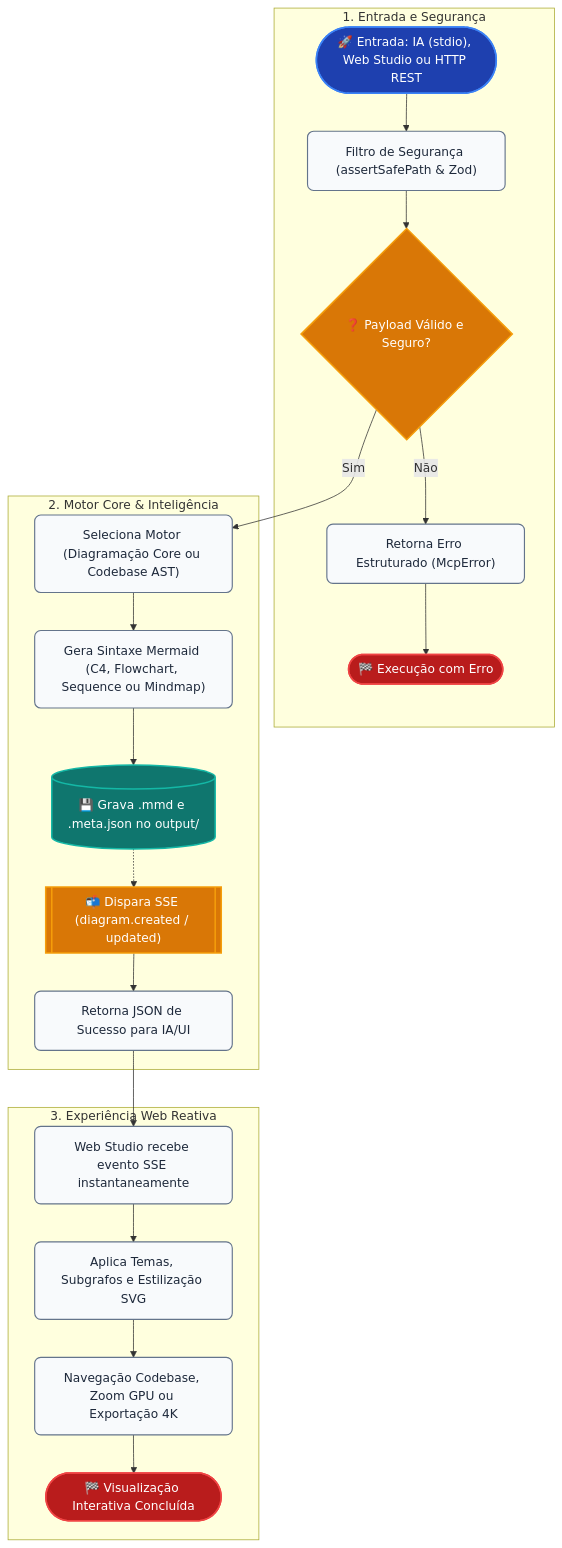
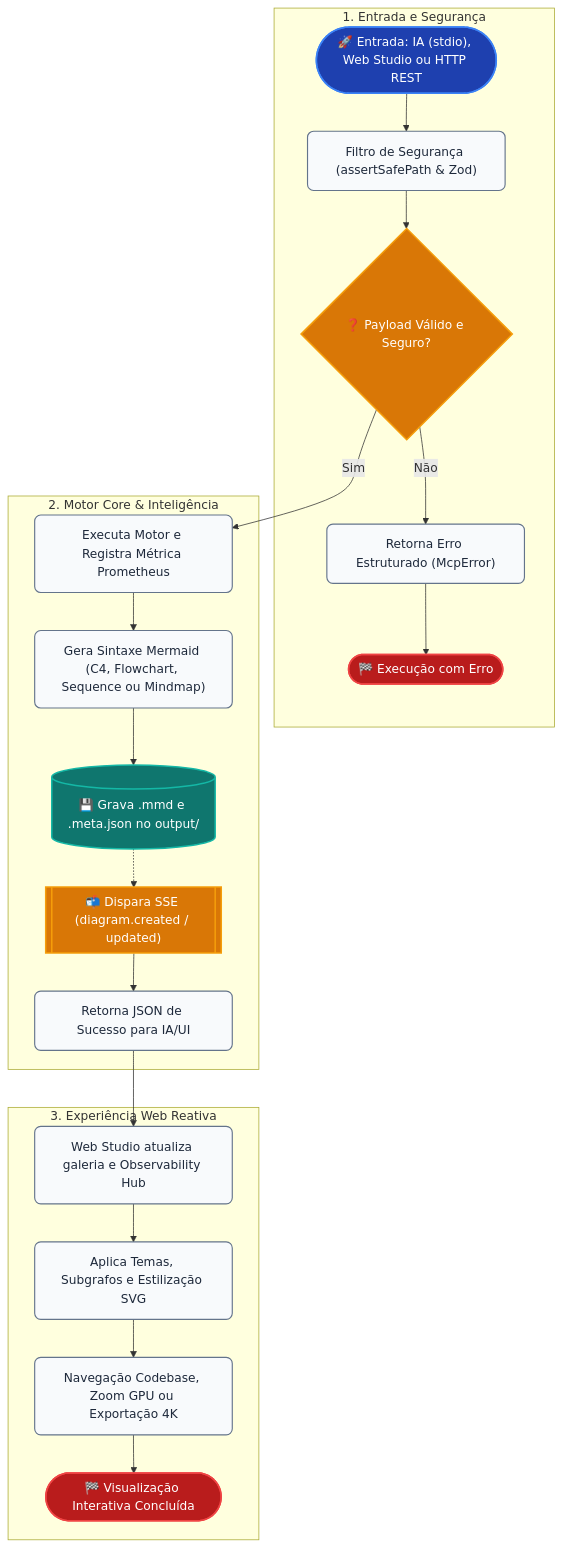
Before and after one commit to 70gurupia/archview: the diagram in output/self-doc-flowchart.mmd, drawn with Mermaid. The commit also changed 30 other files, not shown here.

Commit message:
feat(v4.0): implement Prometheus metrics, OpenTelemetry tracing, and Observability Hub

```diff
--- a/output/self-doc-flowchart.mmd
+++ b/output/self-doc-flowchart.mmd
@@ -1,50 +1,50 @@
 flowchart TB
   subgraph sg_1[" 1. Entrada e Segurança "]
     input_source(["🚀 Entrada: IA (stdio), Web Studio ou HTTP REST"])
     sec_filter["Filtro de Segurança (assertSafePath & Zod)"]
     valid_gate{"❓ Payload Válido e Seguro?"}
     error_block["Retorna Erro Estruturado (McpError)"]
     end_error(["🏁 Execução com Erro"])
   end
 
   subgraph sg_2[" 2. Motor Core & Inteligência "]
-    select_engine["Seleciona Motor (Diagramação Core ou Codebase AST)"]
+    select_engine["Executa Motor e Registra Métrica Prometheus"]
     build_mermaid["Gera Sintaxe Mermaid (C4, Flowchart, Sequence ou Mindmap)"]
     write_meta[("💾 Grava .mmd e .meta.json no output/")]
     sse_emit[["📬 Dispara SSE (diagram.created / updated)"]]
     resp_client["Retorna JSON de Sucesso para IA/UI"]
   end
 
   subgraph sg_3[" 3. Experiência Web Reativa "]
-    fe_catch["Web Studio recebe evento SSE instantaneamente"]
+    fe_catch["Web Studio atualiza galeria e Observability Hub"]
     apply_themes["Aplica Temas, Subgrafos e Estilização SVG"]
     user_actions["Navegação Codebase, Zoom GPU ou Exportação 4K"]
     end_done(["🏁 Visualização Interativa Concluída"])
   end
 
   input_source --> sec_filter
   sec_filter --> valid_gate
   valid_gate -- "Sim" --> select_engine
   valid_gate -- "Não" --> error_block
   error_block --> end_error
   select_engine --> build_mermaid
   build_mermaid --> write_meta
   write_meta -.-> sse_emit
   sse_emit --> resp_client
   resp_client --> fe_catch
   fe_catch --> apply_themes
   apply_themes --> user_actions
   user_actions --> end_done
 
   classDef default fill:#F8FAFC,stroke:#64748B,stroke-width:1.5px,color:#1E293B,rx:8px,ry:8px;
   classDef primary fill:#1E40AF,stroke:#3B82F6,stroke-width:2px,color:#FFFFFF,rx:8px,ry:8px;
   classDef success fill:#0F766E,stroke:#14B8A6,stroke-width:2px,color:#FFFFFF,rx:8px,ry:8px;
   classDef accent fill:#3730A3,stroke:#818CF8,stroke-width:2px,color:#FFFFFF,rx:8px,ry:8px;
   classDef warning fill:#D97706,stroke:#F59E0B,stroke-width:2px,color:#FFFFFF,rx:8px,ry:8px;
   classDef danger fill:#B91C1C,stroke:#EF4444,stroke-width:2px,color:#FFFFFF,rx:8px,ry:8px;
   class input_source primary;
   class valid_gate warning;
   class end_error danger;
   class write_meta success;
   class sse_emit warning;
   class end_done danger;
```
